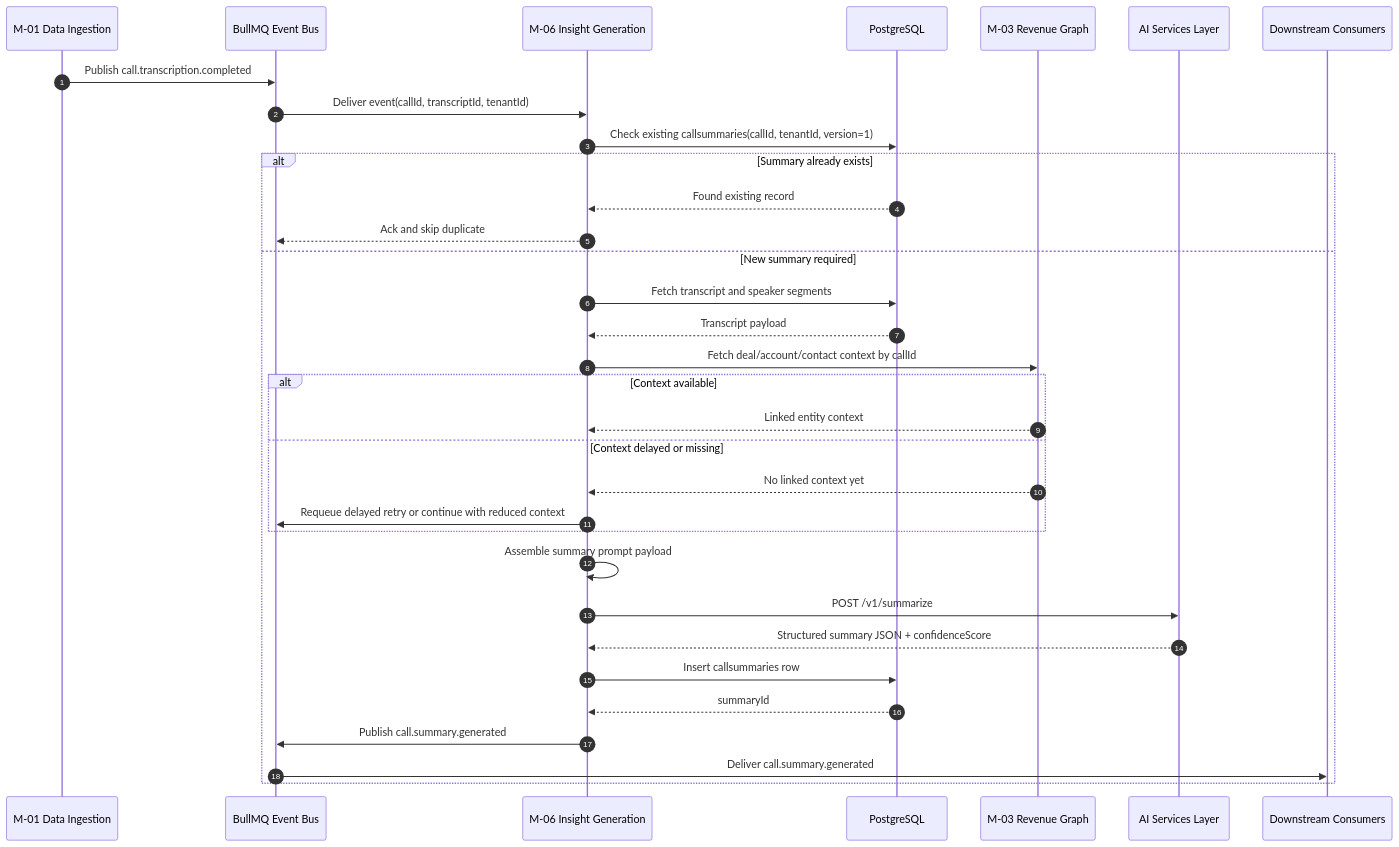
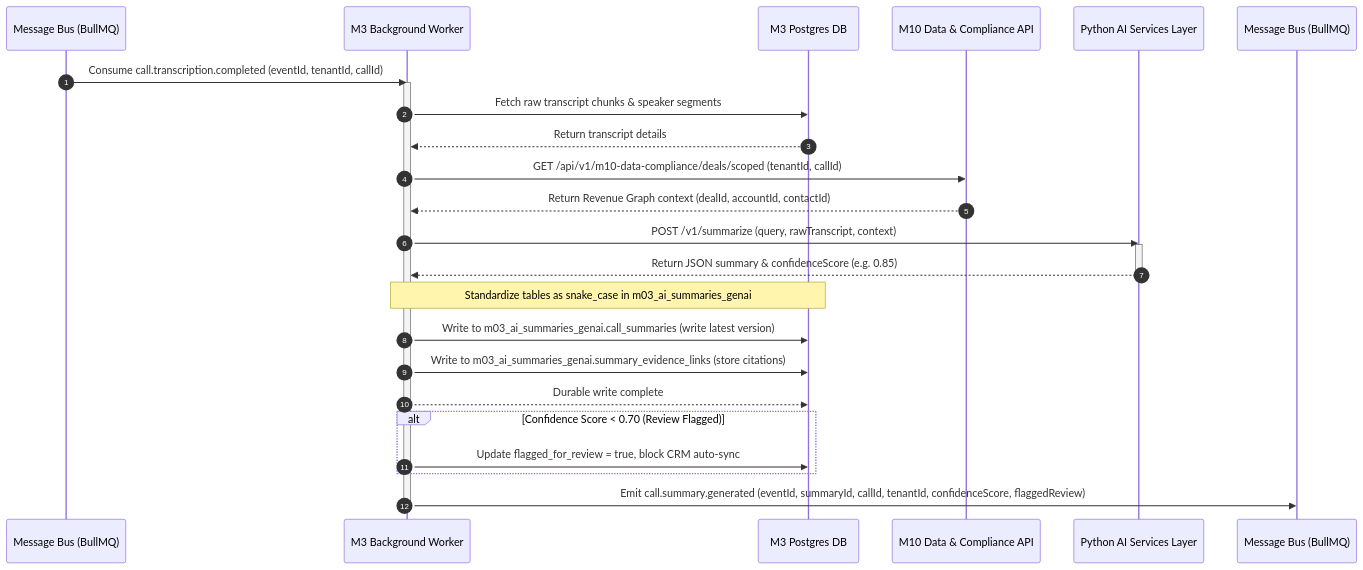
The first of 5 diagrams in Reference documents/M3 AI Summaries & GenAI/M3 Sequence Diagrams.md (PoojaTiwari09/FB-and-RP-Fixes), drawn with Mermaid before and after one commit. The commit also changed other lines of this file and 79 other files, not shown here.

````diff
--- a/Reference documents/M3 AI Summaries & GenAI/M3 Sequence Diagrams.md
+++ b/Reference documents/M3 AI Summaries & GenAI/M3 Sequence Diagrams.md
@@ -103,41 +18,35 @@
 ```mermaid
 sequenceDiagram
     autonumber
-    participant M01 as M-01 Data Ingestion
-    participant Q as BullMQ Event Bus
-    participant M06 as M-06 Insight Generation
-    participant DB as PostgreSQL
-    participant RG as M-03 Revenue Graph
-    participant AI as AI Services Layer
-    participant D as Downstream Consumers
+    participant Bus as Message Bus (BullMQ)
+    participant M3_Wrk as M3 Background Worker
+    participant M3_DB as M3 Postgres DB
+    participant M10_API as M10 Data & Compliance API
+    participant AI_Svc as Python AI Services Layer
+    participant M3_Bus as Message Bus (BullMQ)
 
-    M01->>Q: Publish call.transcription.completed
-    Q->>M06: Deliver event(callId, transcriptId, tenantId)
+    Bus->>M3_Wrk: Consume call.transcription.completed (eventId, tenantId, callId)
+    activate M3_Wrk
+    M3_Wrk->>M3_DB: Fetch raw transcript chunks & speaker segments
+    M3_DB-->>M3_Wrk: Return transcript details
+    
+    M3_Wrk->>M10_API: GET /api/v1/m10-data-compliance/deals/scoped (tenantId, callId)
+    M10_API-->>M3_Wrk: Return Revenue Graph context (dealId, accountId, contactId)
 
-    M06->>DB: Check existing callsummaries(callId, tenantId, version=1)
-    alt Summary already exists
-        DB-->>M06: Found existing record
-        M06-->>Q: Ack and skip duplicate
-    else New summary required
-        M06->>DB: Fetch transcript and speaker segments
-        DB-->>M06: Transcript payload
+    M3_Wrk->>AI_Svc: POST /v1/summarize (query, rawTranscript, context)
+    activate AI_Svc
+    AI_Svc-->>M3_Wrk: Return JSON summary & confidenceScore (e.g. 0.85)
+    deactivate AI_Svc
 
-        M06->>RG: Fetch deal/account/contact context by callId
-        alt Context available
-            RG-->>M06: Linked entity context
-        else Context delayed or missing
-            RG-->>M06: No linked context yet
-            M06->>Q: Requeue delayed retry or continue with reduced context
-        end
+    Note over M3_Wrk, M3_DB: Standardize tables as snake_case in m03_ai_summaries_genai
+    M3_Wrk->>M3_DB: Write to m03_ai_summaries_genai.call_summaries (write latest version)
+    M3_Wrk->>M3_DB: Write to m03_ai_summaries_genai.summary_evidence_links (store citations)
+    M3_Wrk-->>M3_DB: Durable write complete
 
-        M06->>M06: Assemble summary prompt payload
-        M06->>AI: POST /v1/summarize
-        AI-->>M06: Structured summary JSON + confidenceScore
+    alt Confidence Score < 0.70 (Review Flagged)
+        M3_Wrk->>M3_DB: Update flagged_for_review = true, block CRM auto-sync
+    end
 
-        M06->>DB: Insert callsummaries row
-        DB-->>M06: summaryId
-
-        M06->>Q: Publish call.summary.generated
-        Q->>D: Deliver call.summary.generated
-    end
+    M3_Wrk->>M3_Bus: Emit call.summary.generated (eventId, summaryId, callId, tenantId, confidenceScore, flaggedReview)
+    deactivate M3_Wrk
 ```
````
